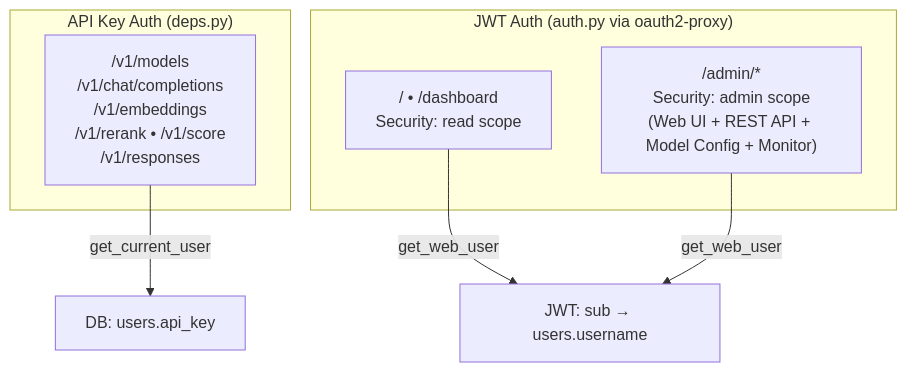
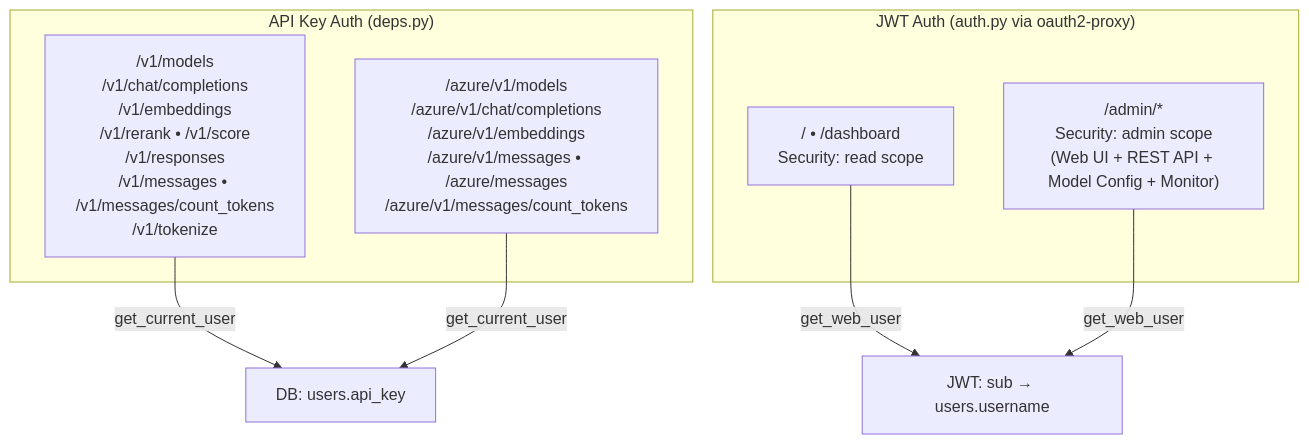
One commit to bwinken/llm-gateway changed the second of 2 diagrams in app/routers/README.md. Above: the diagram before and after it, drawn with Mermaid. The commit also changed other lines of this file and 23 other files, not shown here.

````diff
--- a/app/routers/README.md
+++ b/app/routers/README.md
@@ -128,15 +165,17 @@
 ```mermaid
 graph TD
     subgraph "API Key Auth (deps.py)"
-        V1["/v1/models<br/>/v1/chat/completions<br/>/v1/embeddings<br/>/v1/rerank • /v1/score<br/>/v1/responses"]
+        V1["/v1/models<br/>/v1/chat/completions<br/>/v1/embeddings<br/>/v1/rerank • /v1/score<br/>/v1/responses<br/>/v1/messages • /v1/messages/count_tokens<br/>/v1/tokenize"]
+        Azure["/azure/v1/models<br/>/azure/v1/chat/completions<br/>/azure/v1/embeddings<br/>/azure/v1/messages • /azure/messages<br/>/azure/v1/messages/count_tokens"]
     end
 
     subgraph "JWT Auth (auth.py via oauth2-proxy)"
         Dashboard["/ • /dashboard<br/>Security: read scope"]
         Admin["/admin/*<br/>Security: admin scope<br/>(Web UI + REST API + Model Config + Monitor)"]
     end
 
     V1 -->|get_current_user| DB["DB: users.api_key"]
+    Azure -->|get_current_user| DB
     Dashboard -->|get_web_user| JWT["JWT: sub → users.username"]
     Admin -->|get_web_user| JWT
 ```
````
